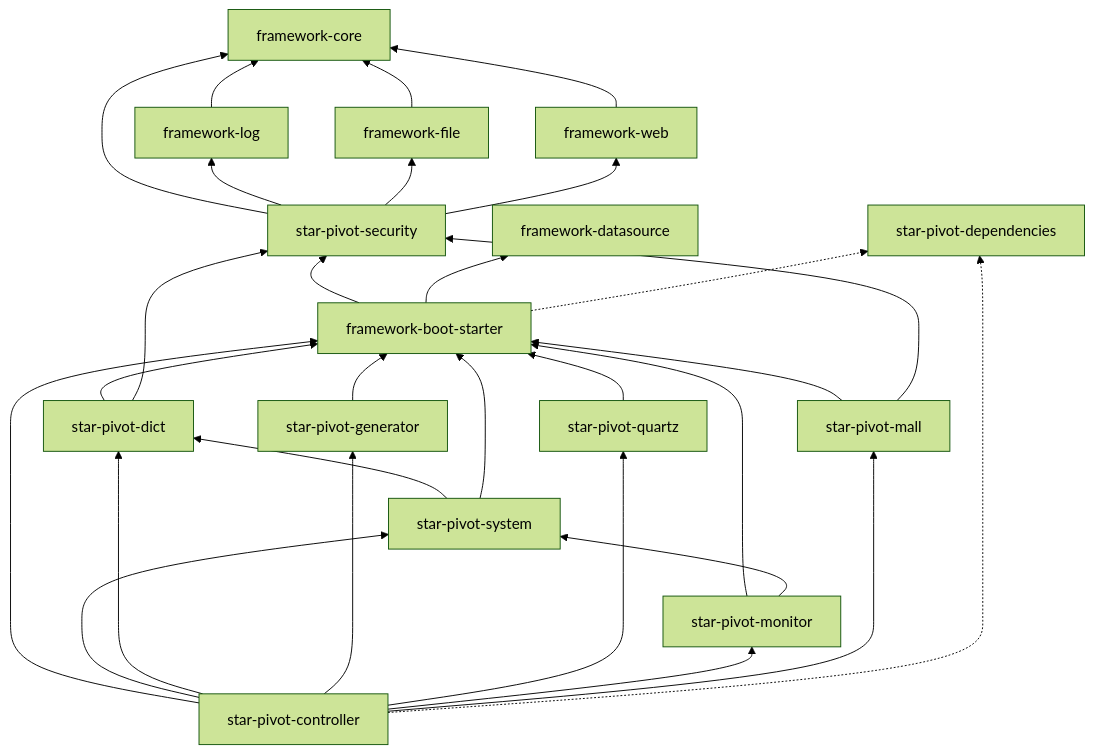
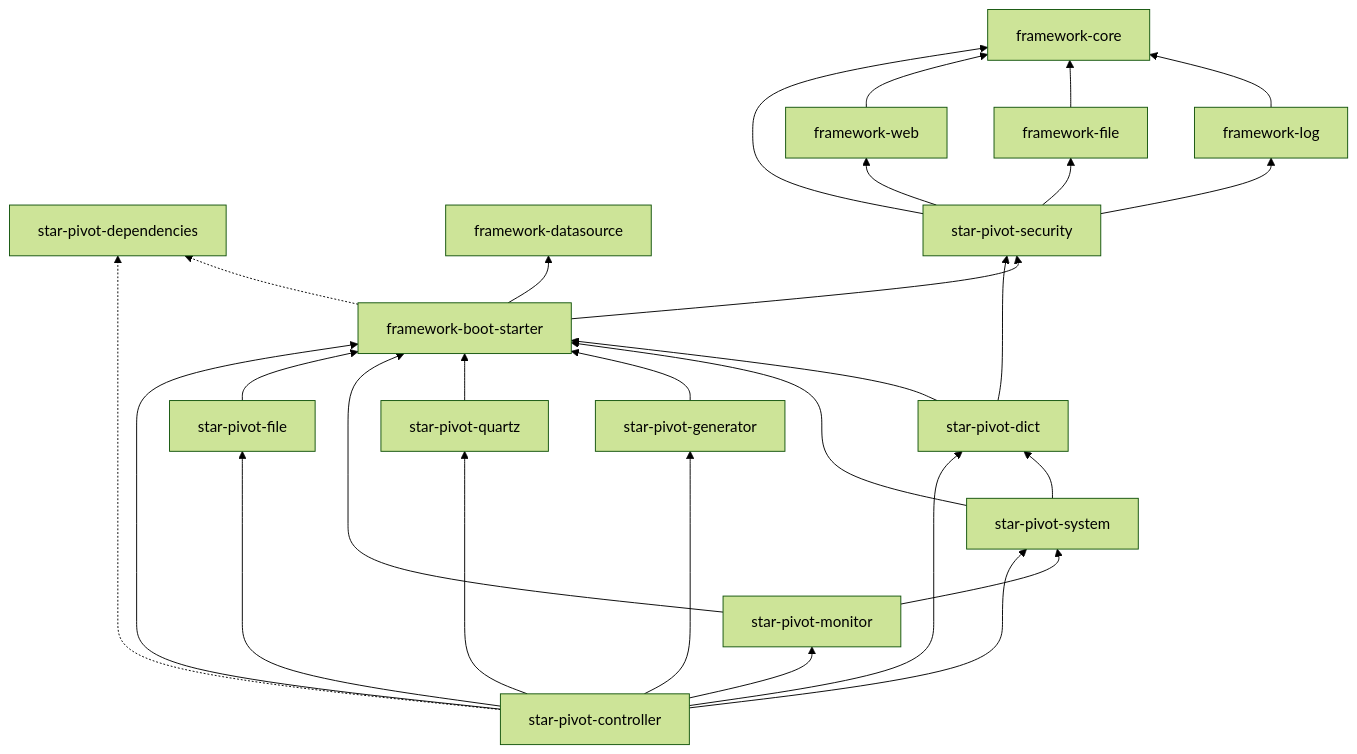
One commit to xinxin-star1998/star-pivot changed the second of 8 diagrams in doc/架构图与流程图.md. Above: the diagram before and after it, drawn with Mermaid (forest theme). The commit also changed other lines of this file and 318 other files, not shown here.

````diff
--- a/doc/架构图与流程图.md
+++ b/doc/架构图与流程图.md
@@ -116,52 +116,51 @@
 ```mermaid
 flowchart BT
     BOM["star-pivot-dependencies"]
 
     core["framework-core"]
     log["framework-log"]
     file["framework-file"]
     web["framework-web"]
     ds["framework-datasource"]
     sec["star-pivot-security"]
     bs["framework-boot-starter"]
 
     dict["star-pivot-dict"]
     system["star-pivot-system"]
     gen["star-pivot-generator"]
     qtz["star-pivot-quartz"]
     mon["star-pivot-monitor"]
-    mall["star-pivot-mall"]
+    file_mod["star-pivot-file"]
     ctl["star-pivot-controller"]
 
     log --> core
     file --> core
     web --> core
     sec --> core
     sec --> log
     sec --> file
     sec --> web
     bs --> sec
     bs --> ds
 
     dict --> bs
     dict --> sec
     system --> dict
     system --> bs
     gen --> bs
     qtz --> bs
     mon --> bs
     mon --> system
-    mall --> bs
-    mall --> sec
+    file_mod --> bs
 
     ctl --> bs
     ctl --> system
     ctl --> dict
     ctl --> gen
     ctl --> qtz
     ctl --> mon
-    ctl --> mall
+    ctl --> file_mod
 
     bs -.-> BOM
     ctl -.-> BOM
 ```
````
